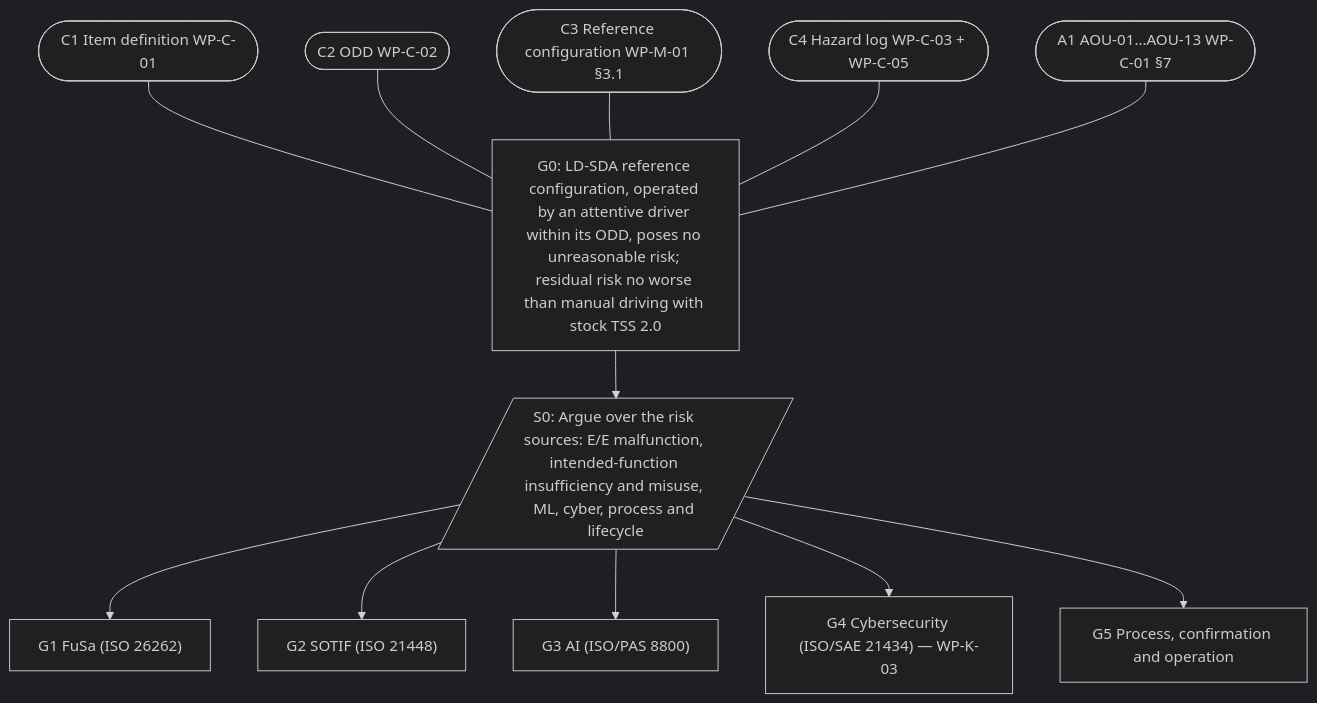
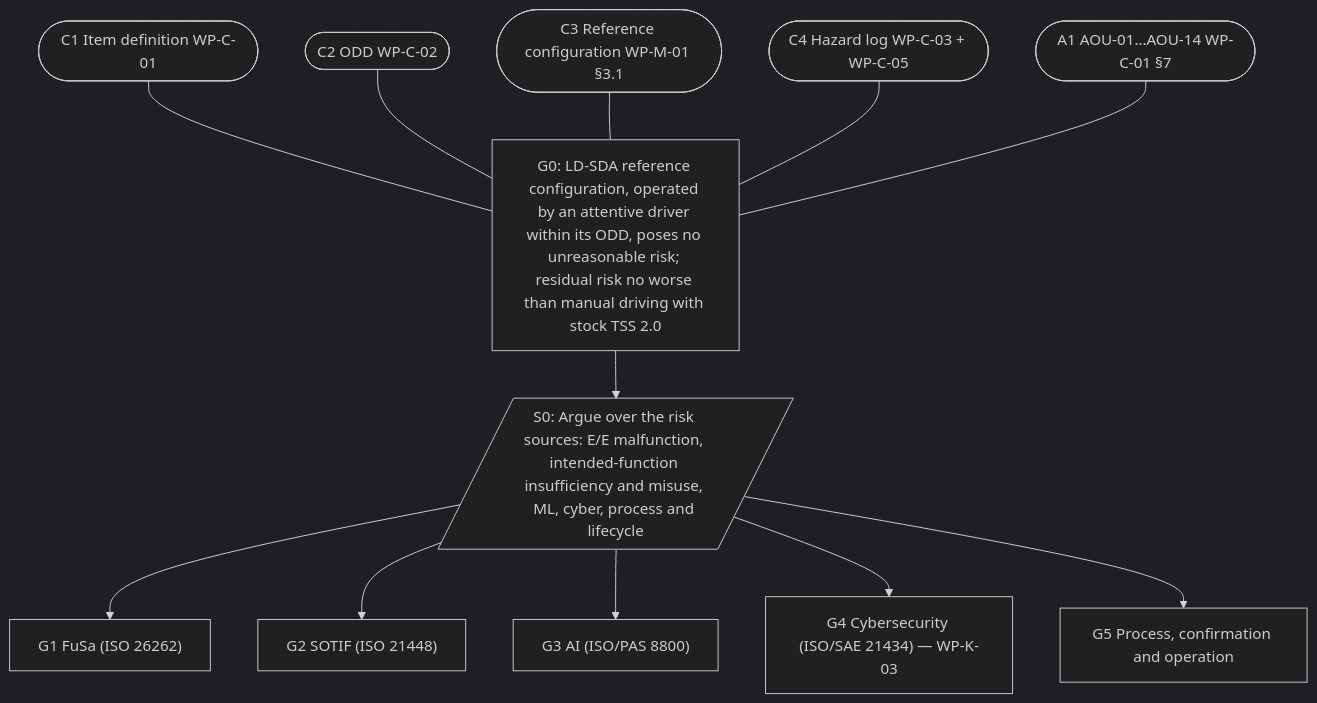
Before and after one commit to jherrodthomas/LionDriver: the diagram in assurance/10-safety-case/WP-K-01-safety-case.md, drawn with Mermaid (dark theme). The commit also changed other lines of this file and 92 other files, not shown here.

First line of the commit message:
Assurance audit, safety plan v0.2, panda siren pin, E210 reference vehicle, boundary Figure 3-1 (#45)

````diff
--- a/assurance/10-safety-case/WP-K-01-safety-case.md
+++ b/assurance/10-safety-case/WP-K-01-safety-case.md
@@ -49,16 +49,16 @@
 ```mermaid
 flowchart TD
   G0["G0: LD-SDA reference configuration, operated by an attentive driver within its ODD, poses no unreasonable risk; residual risk no worse than manual driving with stock TSS 2.0"]
   C1(["C1 Item definition WP-C-01"]) --- G0
   C2(["C2 ODD WP-C-02"]) --- G0
   C3(["C3 Reference configuration WP-M-01 §3.1"]) --- G0
   C4(["C4 Hazard log WP-C-03 + WP-C-05"]) --- G0
-  A1(["A1 AOU-01…AOU-13 WP-C-01 §7"]) --- G0
+  A1(["A1 AOU-01…AOU-14 WP-C-01 §7"]) --- G0
   S0[/"S0: Argue over the risk sources: E/E malfunction, intended-function insufficiency and misuse, ML, cyber, process and lifecycle"/]
   G0 --> S0
   S0 --> G1["G1 FuSa (ISO 26262)"]
   S0 --> G2["G2 SOTIF (ISO 21448)"]
   S0 --> G3["G3 AI (ISO/PAS 8800)"]
   S0 --> G4["G4 Cybersecurity (ISO/SAE 21434) — WP-K-03"]
   S0 --> G5["G5 Process, confirmation and operation"]
 ```
````
